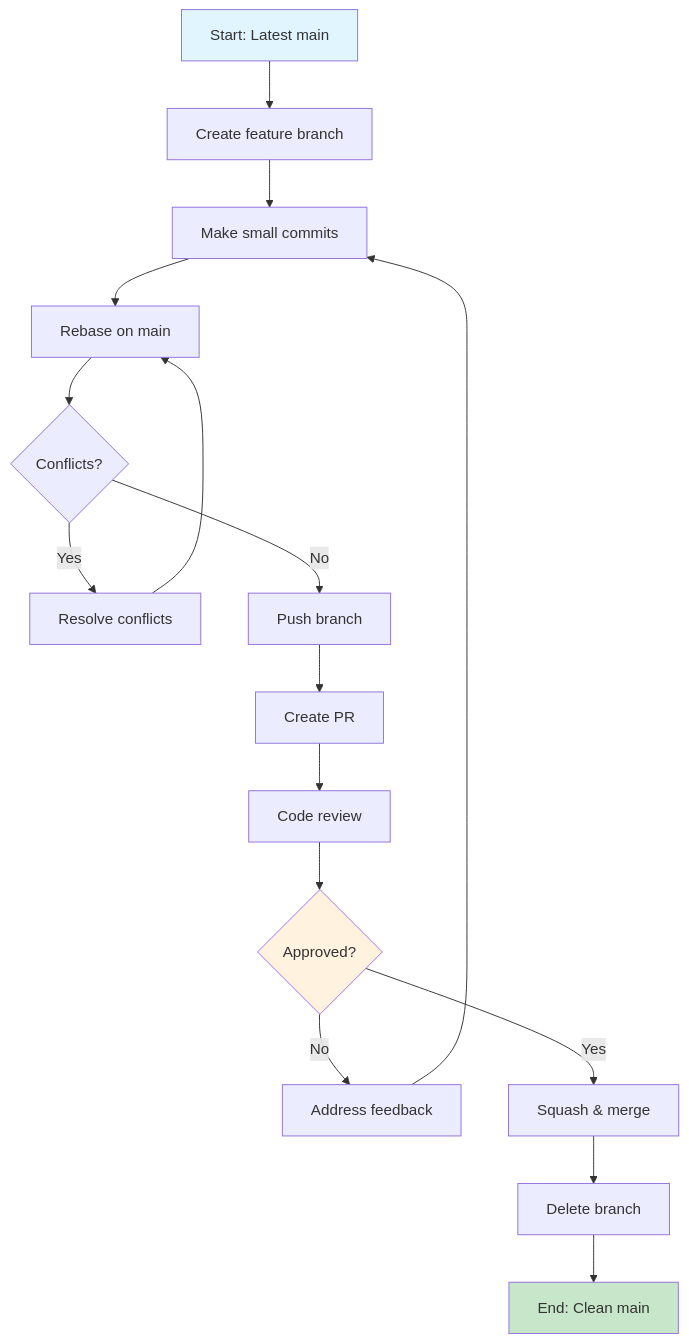
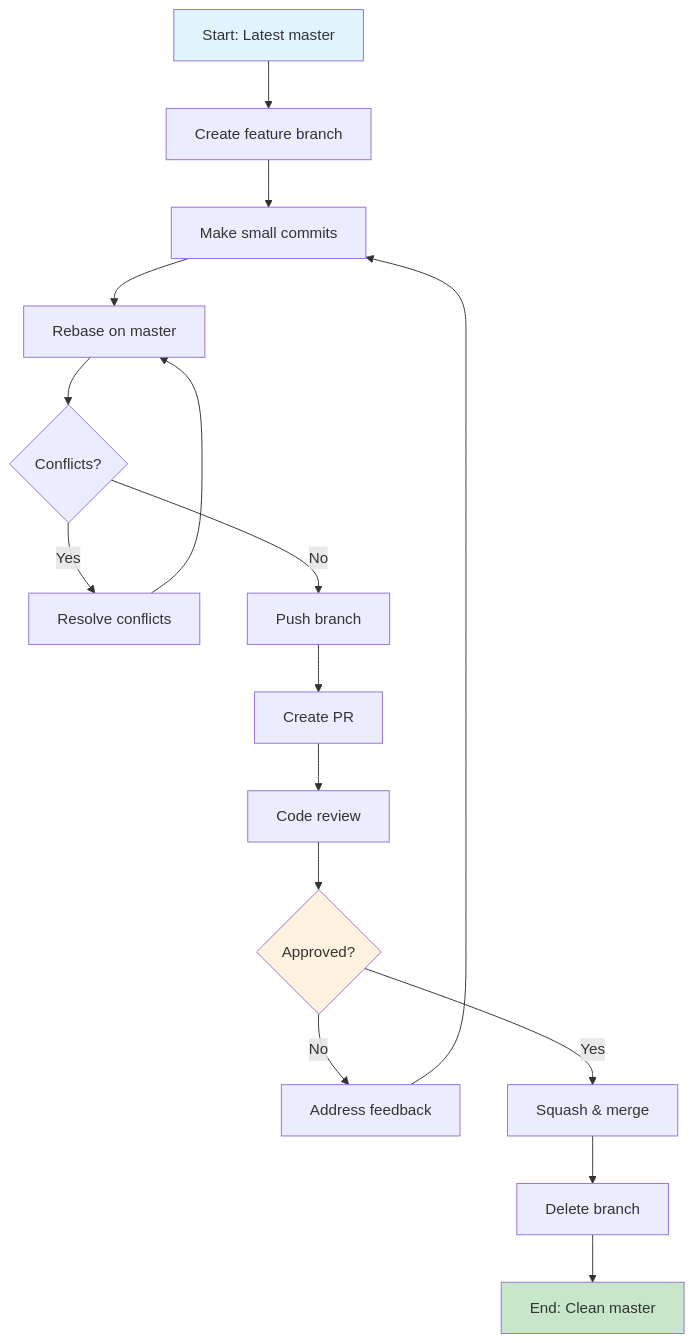
The diagram in .github/copilot-instructions.md (KarolLeb/rpg-manager), drawn with Mermaid before and after one commit. The commit also changed other lines of this file and 1 other file, not shown here.

````diff
--- a/.github/copilot-instructions.md
+++ b/.github/copilot-instructions.md
@@ -275,22 +275,22 @@
 ```mermaid
 flowchart TD
-    A[Start: Latest main] --> B[Create feature branch]
+    A[Start: Latest master] --> B[Create feature branch]
     B --> C[Make small commits]
-    C --> D[Rebase on main]
+    C --> D[Rebase on master]
     D --> E{Conflicts?}
     E -->|Yes| F[Resolve conflicts]
     F --> D
     E -->|No| G[Push branch]
     G --> H[Create PR]
     H --> I[Code review]
     I --> J{Approved?}
     J -->|No| K[Address feedback]
     K --> C
     J -->|Yes| L[Squash & merge]
     L --> M[Delete branch]
-    M --> N[End: Clean main]
+    M --> N[End: Clean master]
     
     style A fill:#e1f5fe
     style N fill:#c8e6c9
     style J fill:#fff3e0
 ```
````
